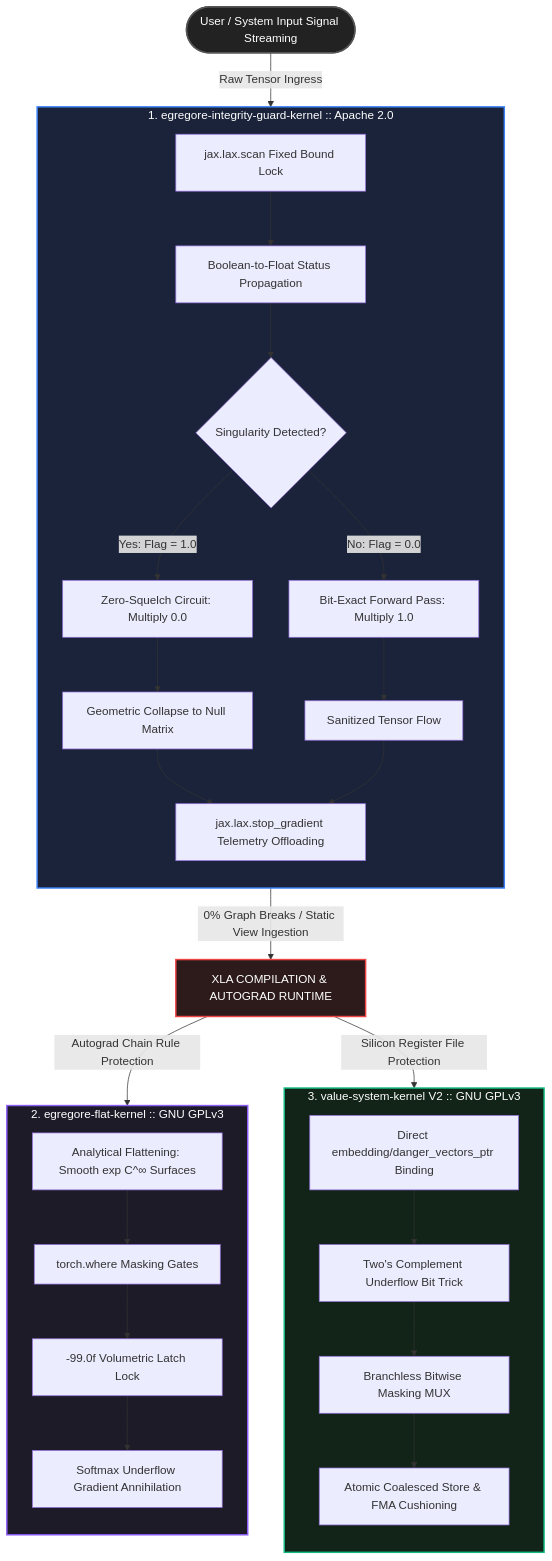
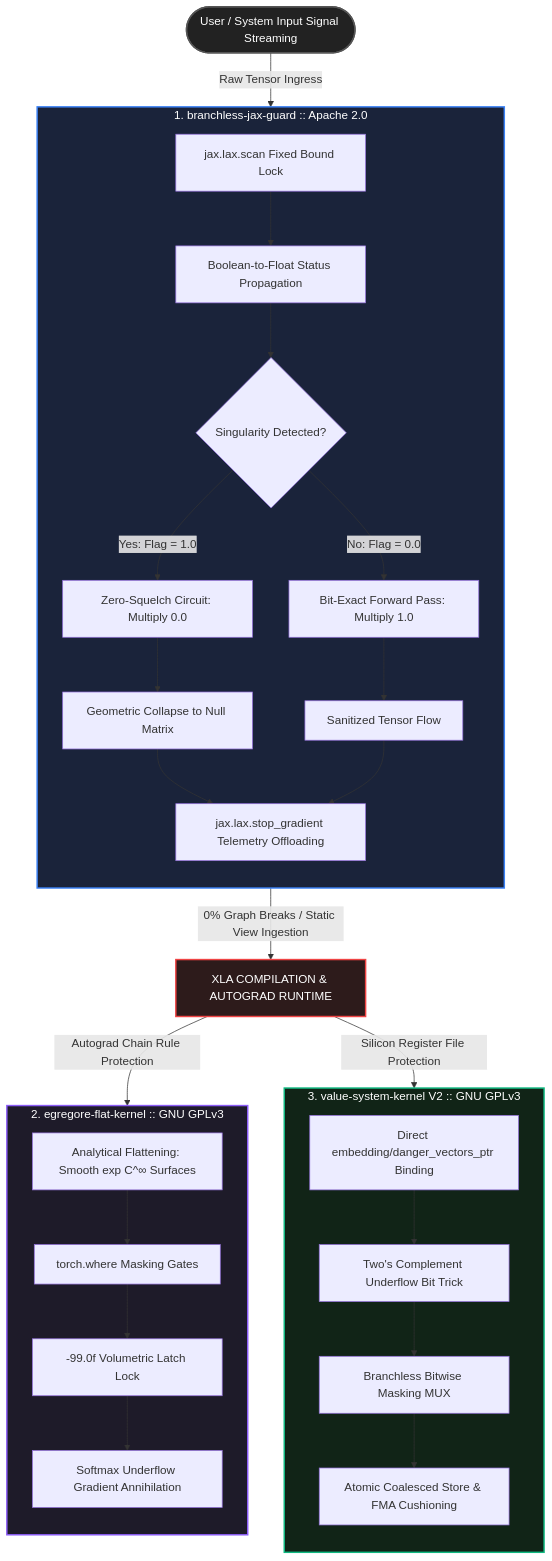
One commit to PJHkorea/branchless-jax-guard changed the diagram in README.md. Above: the diagram before and after it, drawn with Mermaid. The commit also changed other lines of this file, not shown here.

````diff
--- a/README.md
+++ b/README.md
@@ -19,45 +31,45 @@
 ```mermaid
 graph TD
     %% 하드웨어 인풋 영역
     Input([User / System Input Signal Streaming]) -->|Raw Tensor Ingress| Shield1
     
     %% 1단계 입구 방패 (JAX/XLA, Apache 2.0)
-    subgraph Shield1 [1. egregore-integrity-guard-kernel :: Apache 2.0]
+    subgraph Shield1 [1. branchless-jax-guard :: Apache 2.0]
         direction TB
         A[jax.lax.scan Fixed Bound Lock] --> B[Boolean-to-Float Status Propagation]
         B --> C{Singularity Detected?}
         C -->|Yes: Flag = 1.0| D[Zero-Squelch Circuit: Multiply 0.0]
         C -->|No: Flag = 0.0| E[Bit-Exact Forward Pass: Multiply 1.0]
         D --> F[Geometric Collapse to Null Matrix]
         E --> G[Sanitized Tensor Flow]
         F & G --> H[jax.lax.stop_gradient Telemetry Offloading]
     end
 
     %% 런타임 가속 컴파일 영역으로 진입
     H -->|0% Graph Breaks / Static View Ingestion| RuntimeEngine[XLA COMPILATION & AUTOGRAD RUNTIME]
 
     %% 2, 3단계 백엔드 방패 분기 (PyTorch / CUDA, GPLv3)
     RuntimeEngine -->|Autograd Chain Rule Protection| Shield2
     RuntimeEngine -->|Silicon Register File Protection| Shield3
 
     subgraph Shield2 [2. egregore-flat-kernel :: GNU GPLv3]
         direction TB
         I[Analytical Flattening: Smooth exp C^∞ Surfaces] --> J[torch.where Masking Gates]
         J --> K[-99.0f Volumetric Latch Lock]
         K --> L[Softmax Underflow Gradient Annihilation]
     end
 
     subgraph Shield3 [3. value-system-kernel V2 :: GNU GPLv3]
         direction TB
         M[Direct embedding/danger_vectors_ptr Binding] --> N[Two's Complement Underflow Bit Trick]
         N --> O[Branchless Bitwise Masking MUX]
         O --> P[Atomic Coalesced Store & FMA Cushioning]
     end
 
     %% 스타일 가이드 정의 (하드웨어 친화적 톤)
     style Input fill:#222,stroke:#555,stroke-width:2px,color:#fff
     style Shield1 fill:#1a233a,stroke:#3b82f6,stroke-width:2px,color:#fff
     style RuntimeEngine fill:#2d1b1b,stroke:#ef4444,stroke-width:2px,color:#fff
     style Shield2 fill:#1e1b29,stroke:#8b5cf6,stroke-width:2px,color:#fff
     style Shield3 fill:#112417,stroke:#10b981,stroke-width:2px,color:#fff
 ```
````
